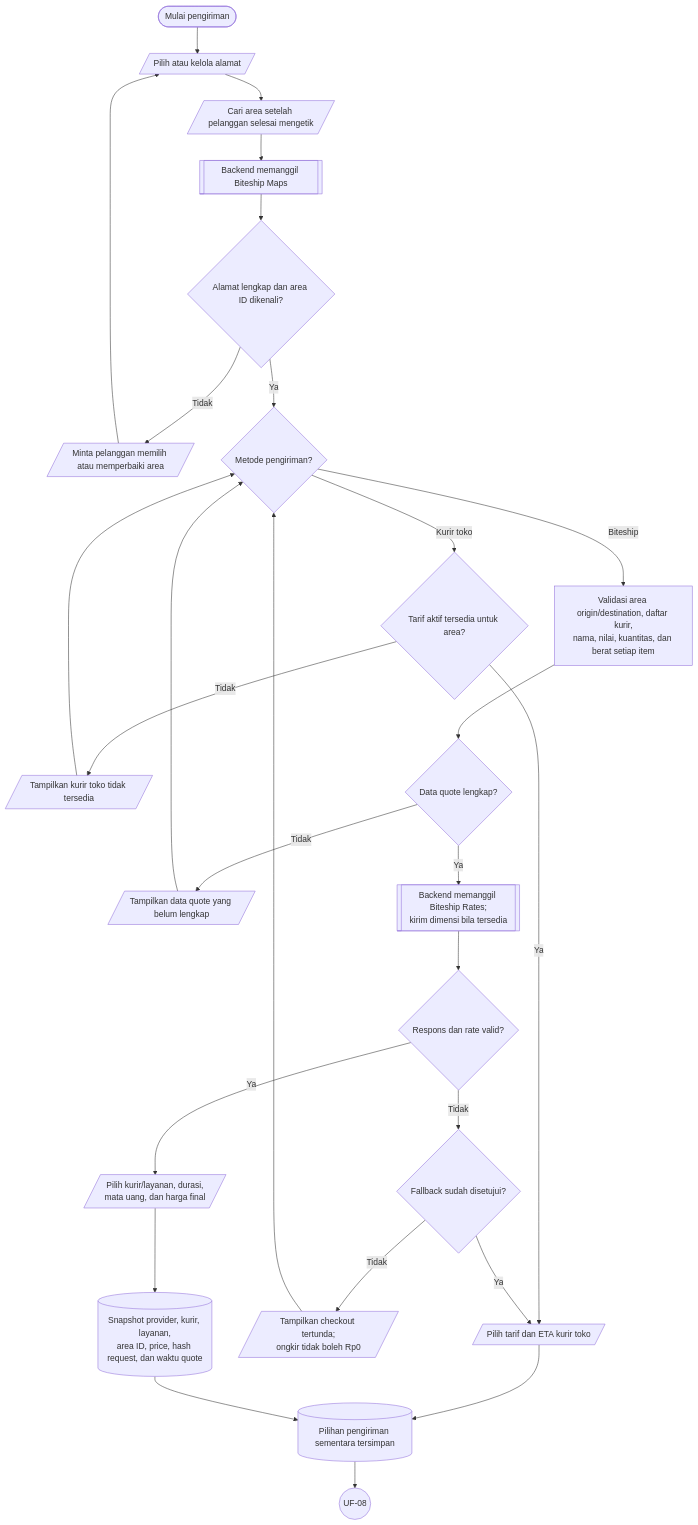
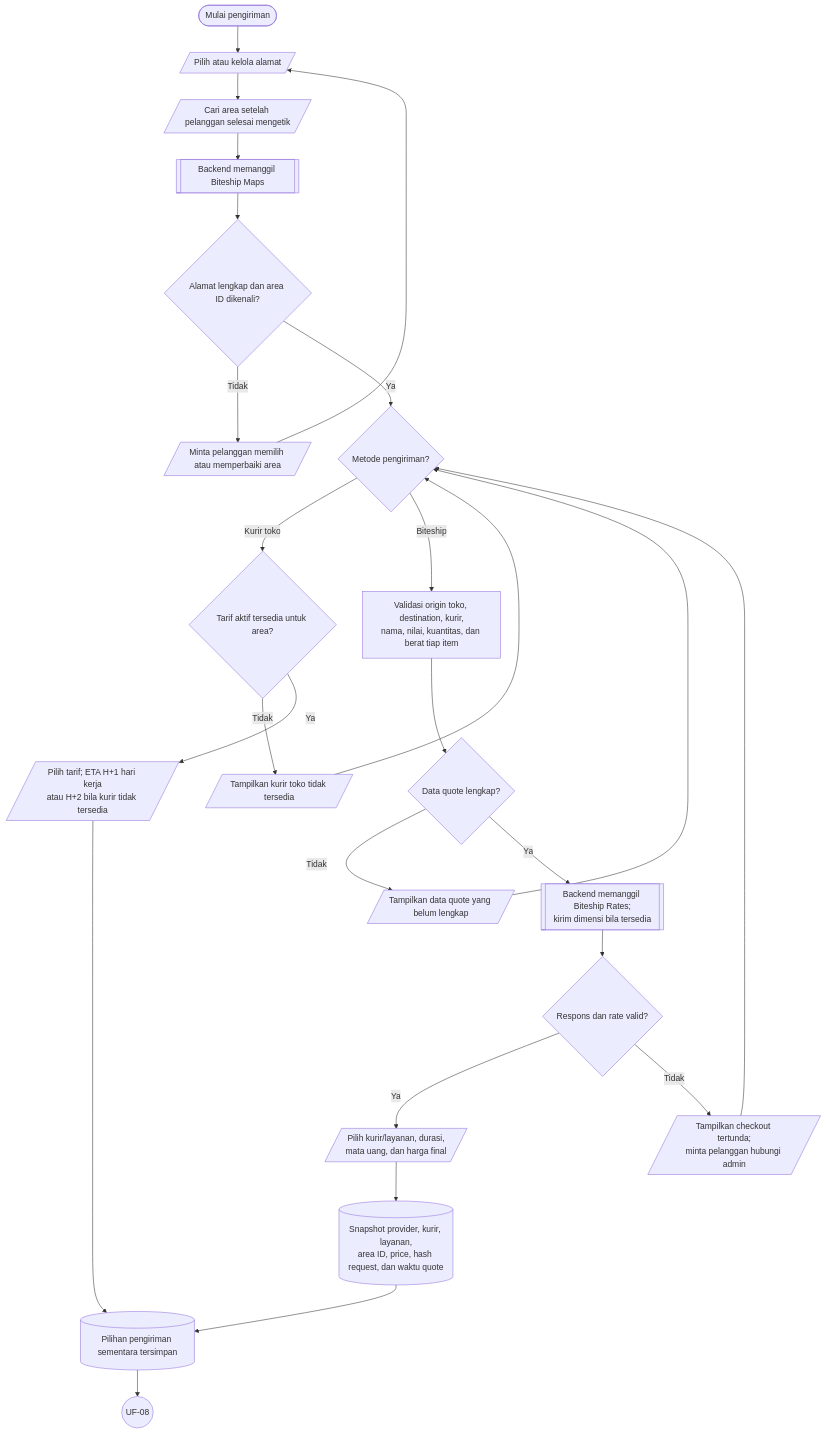
The seventh of 19 diagrams in docs/design/USER_FLOWS.md (Webekspres/pixel-komunika), drawn with Mermaid before and after one commit. The commit also changed other lines of this file and 9 other files, not shown here.

````diff
--- a/docs/design/USER_FLOWS.md
+++ b/docs/design/USER_FLOWS.md
@@ -242,31 +244,29 @@
 ```mermaid
 flowchart TD
     A(["Mulai pengiriman"]) --> B[/"Pilih atau kelola alamat"/]
     B --> B1[/"Cari area setelah pelanggan selesai mengetik"/]
     B1 --> B2[["Backend memanggil Biteship Maps"]]
     B2 --> C{"Alamat lengkap dan area ID dikenali?"}
     C -->|Tidak| D[/"Minta pelanggan memilih atau memperbaiki area"/]
     D --> B
     C -->|Ya| E{"Metode pengiriman?"}
     E -->|Kurir toko| F{"Tarif aktif tersedia untuk area?"}
     F -->|Tidak| G[/"Tampilkan kurir toko tidak tersedia"/]
     G --> E
-    F -->|Ya| H[/"Pilih tarif dan ETA kurir toko"/]
-    E -->|Biteship| I["Validasi area origin/destination, daftar kurir,<br/>nama, nilai, kuantitas, dan berat setiap item"]
+    F -->|Ya| H[/"Pilih tarif; ETA H+1 hari kerja<br/>atau H+2 bila kurir tidak tersedia"/]
+    E -->|Biteship| I["Validasi origin toko, destination, kurir,<br/>nama, nilai, kuantitas, dan berat tiap item"]
     I --> J{"Data quote lengkap?"}
     J -->|Tidak| K[/"Tampilkan data quote yang belum lengkap"/]
     K --> E
     J -->|Ya| L[["Backend memanggil Biteship Rates;<br/>kirim dimensi bila tersedia"]]
     L --> M{"Respons dan rate valid?"}
     M -->|Ya| N[/"Pilih kurir/layanan, durasi,<br/>mata uang, dan harga final"/]
-    M -->|Tidak| O{"Fallback sudah disetujui?"}
-    O -->|Tidak| P[/"Tampilkan checkout tertunda;<br/>ongkir tidak boleh Rp0"/]
+    M -->|Tidak| P[/"Tampilkan checkout tertunda;<br/>minta pelanggan hubungi admin"/]
     P --> E
-    O -->|Ya| H
     H --> Q[("Pilihan pengiriman sementara tersimpan")]
     N --> R[("Snapshot provider, kurir, layanan,<br/>area ID, price, hash request, dan waktu quote")]
     R --> Q
     Q --> C_UF08((UF-08))
 
     click C_UF08 "#uf-08-validasi-checkout"
 ```
````
